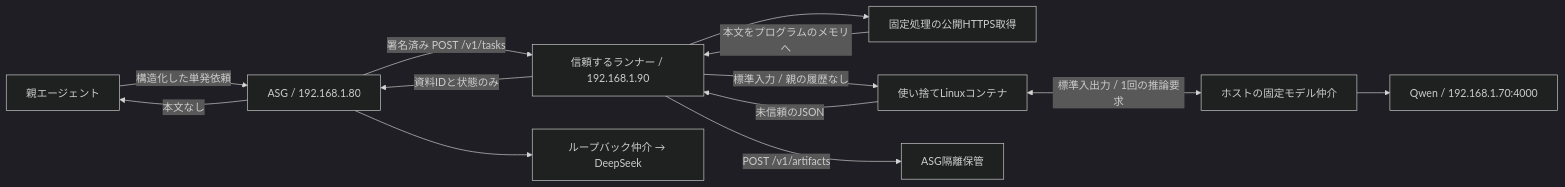
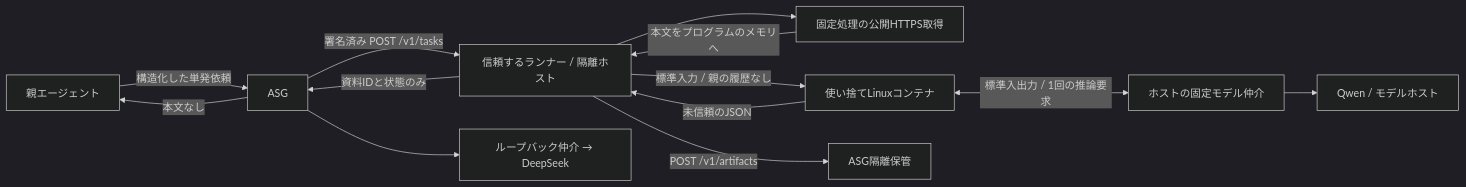
Before and after one commit to momiji-manjyuu/agent-security-gateway: the diagram in examples/disposable-search-agent/README.md, drawn with Mermaid (dark theme). The commit also changed other lines of this file and 14 other files, not shown here.

````diff
--- a/examples/disposable-search-agent/README.md
+++ b/examples/disposable-search-agent/README.md
@@ -9,15 +9,15 @@
 ```mermaid
 flowchart LR
-    P[親エージェント] -->|構造化した単発依頼| G[ASG / 192.168.1.80]
-    G -->|署名済み POST /v1/tasks| R[信頼するランナー / 192.168.1.90]
+    P[親エージェント] -->|構造化した単発依頼| G[ASG]
+    G -->|署名済み POST /v1/tasks| R[信頼するランナー / 隔離ホスト]
     R --> F[固定処理の公開HTTPS取得]
     F -->|本文をプログラムのメモリへ| R
     R -->|標準入力 / 親の履歴なし| C[使い捨てLinuxコンテナ]
     C -->|未信頼のJSON| R
     C <-->|標準入出力 / 1回の推論要求| B[ホストの固定モデル仲介]
-    B --> M[Qwen / 192.168.1.70:4000]
+    B --> M[Qwen / モデルホスト]
     G --> D[ループバック仲介 → DeepSeek]
     R -->|POST /v1/artifacts| Q[ASG隔離保管]
     R -->|資料IDと状態のみ| G
     G -->|本文なし| P
 ```
````
